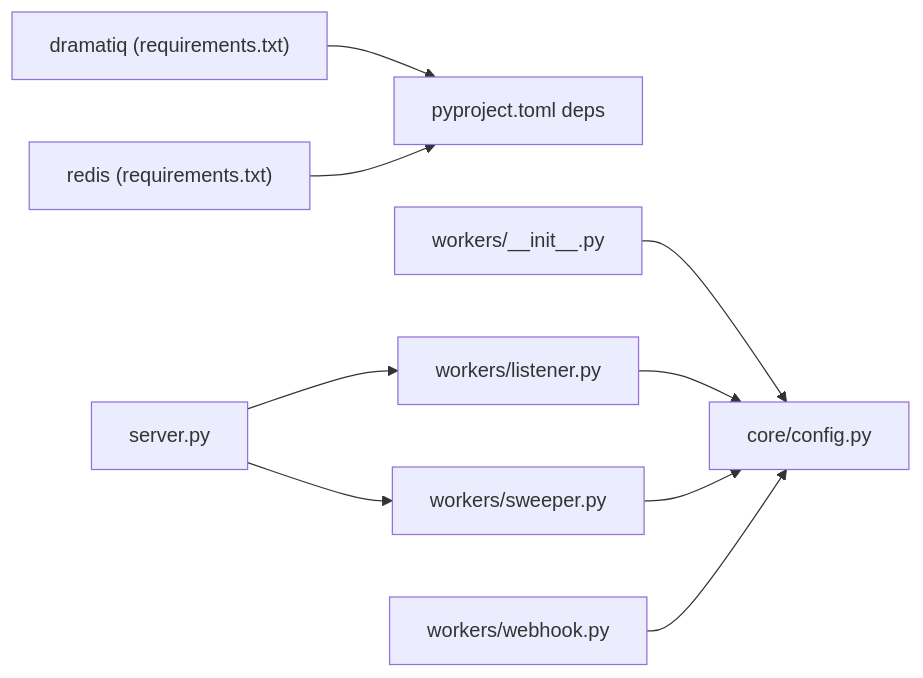
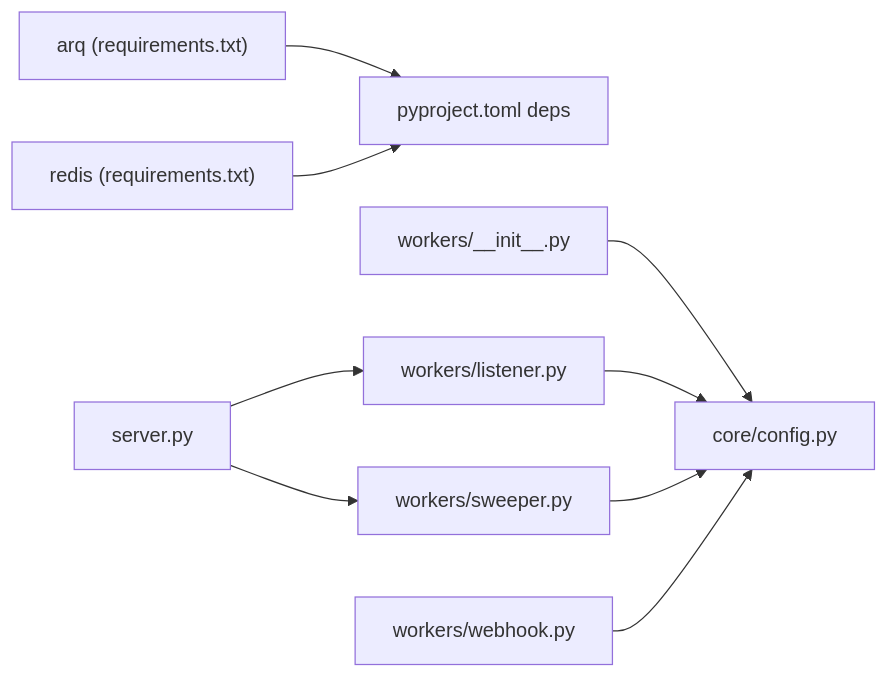
One commit to rakibhossain72/ctrip-docs changed the fifth of 5 diagrams in docs/background-processing/worker-architecture.md. Above: the diagram before and after it, drawn with Mermaid. The commit also changed other lines of this file and 25 other files, not shown here.

First line of the commit message:
docs: Update documentation to reflect ARQ task migration from Dramatiq

````diff
--- a/docs/background-processing/worker-architecture.md
+++ b/docs/background-processing/worker-architecture.md
@@ -274,20 +280,20 @@
 ```mermaid
 graph LR
-Dramatiq["dramatiq (requirements.txt)"]
+ARQ["arq (requirements.txt)"]
 RedisDep["redis (requirements.txt)"]
 PjDeps["pyproject.toml deps"]
 WInit["workers/__init__.py"]
 Cfg["core/config.py"]
 Srv["server.py"]
 WList["workers/listener.py"]
 WSwp["workers/sweeper.py"]
 WWeb["workers/webhook.py"]
-Dramatiq --> PjDeps
+ARQ --> PjDeps
 RedisDep --> PjDeps
 WInit --> Cfg
 Srv --> WList
 Srv --> WSwp
 WList --> Cfg
 WSwp --> Cfg
 WWeb --> Cfg
 ```
````
